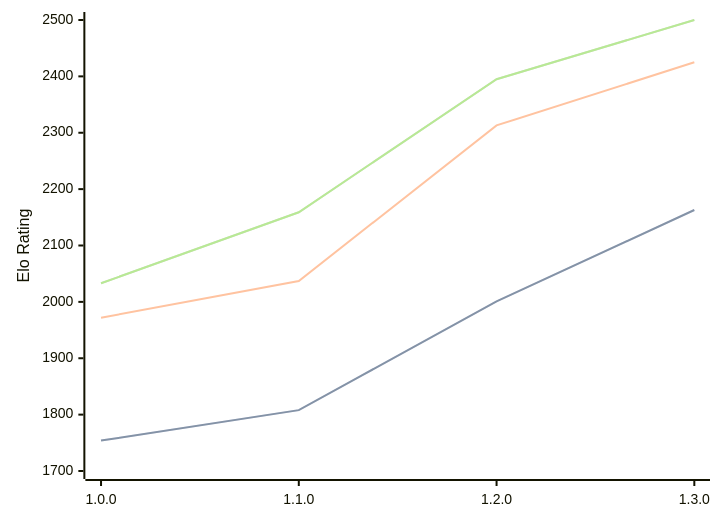
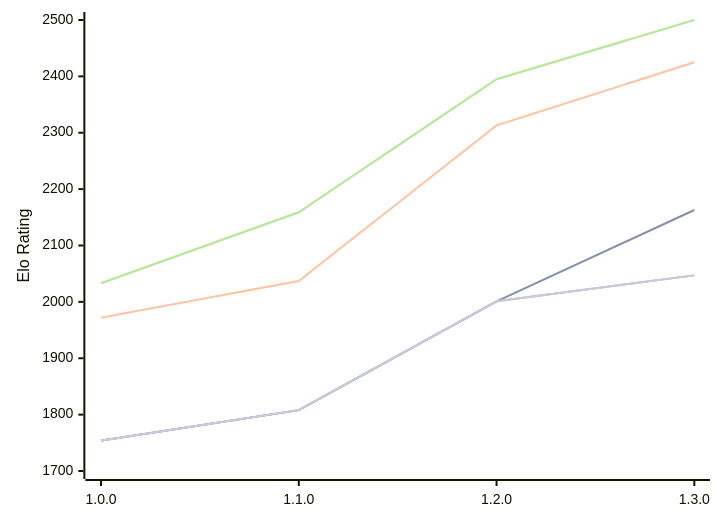
One commit to computer-chess-index/cci changed the diagram in engines/Anodos.md. Above: the diagram before and after it, drawn with Mermaid. The commit also changed other lines of this file, not shown here.

Commit message:
Update CCI Ratings (ELO VLTC) - 2026-10-11

````diff
--- a/engines/Anodos.md
+++ b/engines/Anodos.md
@@ -50,16 +50,13 @@
 ```mermaid
 %%{init: {"theme":"base","themeVariables":{"seriesColors:['#a3a3a3','#222221','#faa371']}}}%%
 xychart-beta
   x-axis ["1.0.0", "1.1.0", "1.2.0", "1.3.0"]
   y-axis "Elo Rating" 1700 --> 2500
   line "" [1754, 1808, 2001, 2163]
   line "T1: STC (8.0+0.08s)" [1754, 1808, 2001, 2163]
   line "T1: LTC (60.0+0.60s)" [1972, 2037, 2313, 2425]
   line "" [2033, 2159, 2395, 2500]
   line "T1: VLTC (2m24s+1.12s)" [2033, 2159, 2395, 2500]
-  line "" [2039]
-  line "E1: STC (8.0+0.08s)" [2039]
-  line "E1: LTC (60.0+0.60s)" [2306]
-  line "" [2425]
-  line "E1: VLTC (2m24s+1.12s)" [2425]
+  line "" [1754, 1808, 2001,2047]
+  line "E1: STC (8.0+0.08s)" [1754, 1808, 2001,2047]
 ```
````
